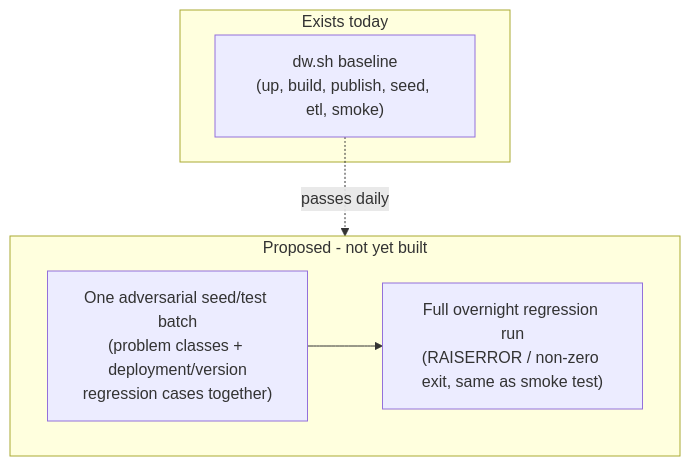
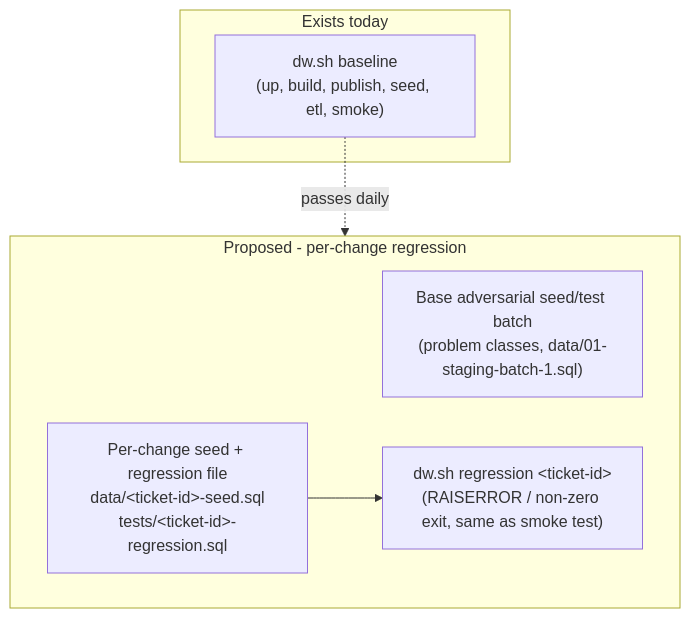
One commit to ev45ive/infoshare-silkycoders-sql-ai-1 changed the second of 2 diagrams in docs/schema-dev-workflow.md. Above: the diagram before and after it, drawn with Mermaid. The commit also changed other lines of this file and 6 other files, not shown here.

Commit message:
/create-skill Schema Change Test Suite - Smoke test + regression synthetic seeds and tests

````diff
--- a/docs/schema-dev-workflow.md
+++ b/docs/schema-dev-workflow.md
@@ -51,12 +52,13 @@
 ```mermaid
 flowchart TD
     subgraph Existing["Exists today"]
         S["dw.sh baseline<br/>(up, build, publish, seed, etl, smoke)"]
     end
-    subgraph Proposed["Proposed - not yet built"]
-        D["One adversarial seed/test batch<br/>(problem classes + deployment/version<br/>regression cases together)"]
-        R["Full overnight regression run<br/>(RAISERROR / non-zero exit, same as smoke test)"]
-        D --> R
+    subgraph Proposed["Proposed - per-change regression"]
+        D["Base adversarial seed/test batch<br/>(problem classes, data/01-staging-batch-1.sql)"]
+        P["Per-change seed + regression file<br/>data/&lt;ticket-id&gt;-seed.sql<br/>tests/&lt;ticket-id&gt;-regression.sql"]
+        R["dw.sh regression &lt;ticket-id&gt;<br/>(RAISERROR / non-zero exit, same as smoke test)"]
+        P --> R
     end
     S -.->|"passes daily"| Proposed
 ```
````
